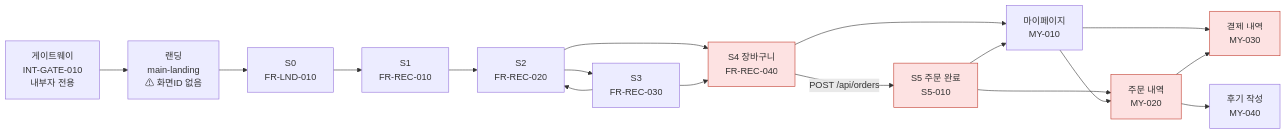
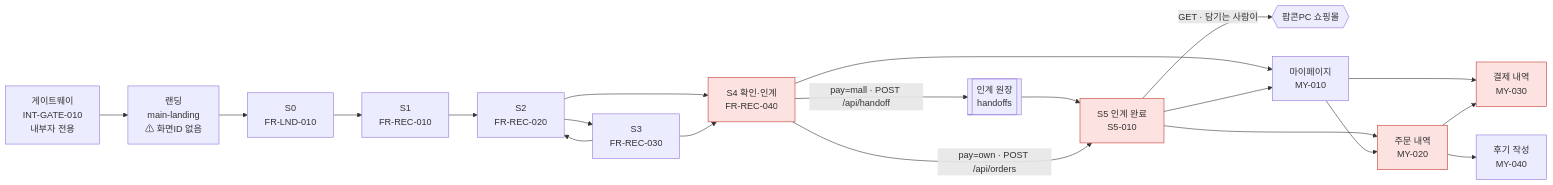
One commit to davidchoi2060-art/popcorn-ai changed the second of 5 diagrams in docs/design/screen-flow.md. Above: the diagram before and after it, drawn with Mermaid. The commit also changed other lines of this file and 2 other files, not shown here.

````diff
--- a/docs/design/screen-flow.md
+++ b/docs/design/screen-flow.md
@@ -53,22 +53,25 @@
 ```mermaid
 flowchart LR
   GATE["게이트웨이<br/>INT-GATE-010<br/>내부자 전용"] --> L
   L["랜딩<br/>main-landing<br/>⚠ 화면ID 없음"] --> S0["S0<br/>FR-LND-010"]
   S0 --> S1["S1<br/>FR-REC-010"]
   S1 --> S2["S2<br/>FR-REC-020"]
   S2 --> S3["S3<br/>FR-REC-030"]
   S3 --> S2
-  S2 --> S4["S4 장바구니<br/>FR-REC-040"]
+  S2 --> S4["S4 확인·인계<br/>FR-REC-040"]
   S3 --> S4
-  S4 -->|"POST /api/orders"| S5["S5 주문 완료<br/>S5-010"]
+  S4 -->|"pay=mall · POST /api/handoff"| HO[["인계 원장<br/>handoffs"]]
+  HO --> S5["S5 인계 완료<br/>S5-010"]
+  S5 -->|"GET · 담기는 사람이"| MALL{{"팝콘PC 쇼핑몰"}}
+  S4 -->|"pay=own · POST /api/orders"| S5
   S4 --> MY1
   S5 --> MY1["마이페이지<br/>MY-010"]
   S5 --> MY2["주문 내역<br/>MY-020"]
   MY1 --> MY2
   MY1 --> MY3["결제 내역<br/>MY-030"]
   MY2 --> MY3
   MY2 --> MY4["후기 작성<br/>MY-040"]
 
   classDef own fill:#fde2e2,stroke:#c0392b
   class S4,S5,MY2,MY3 own
 ```
````
